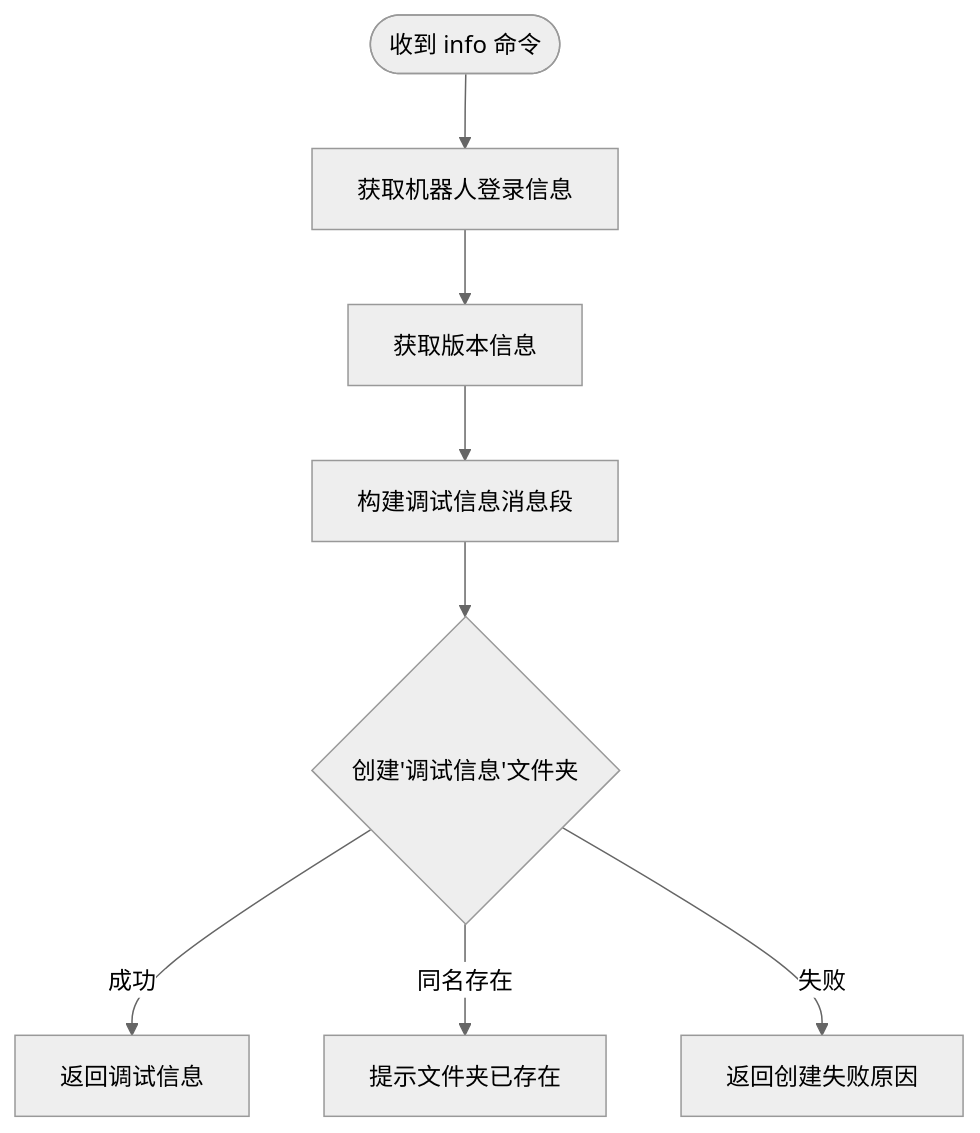
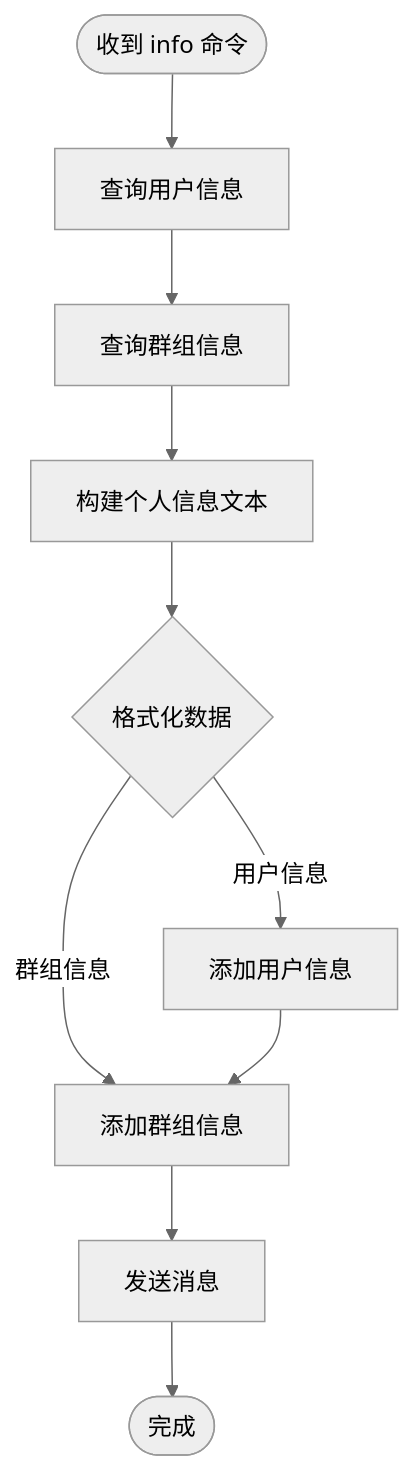
Before and after one commit to Wohaokunr/yawn_bot: the third of 6 diagrams in .qoder/repowiki/zh/content/核心功能模块/信息查询系统.md, drawn with Mermaid (neutral theme). The commit also changed other lines of this file and 13 other files, not shown here.

````diff
--- a/.qoder/repowiki/zh/content/核心功能模块/信息查询系统.md
+++ b/.qoder/repowiki/zh/content/核心功能模块/信息查询系统.md
@@ -126,10 +124,12 @@
 ```mermaid
 flowchart TD
-Start(["收到 info 命令"]) --> GetLogin["获取机器人登录信息"]
-GetLogin --> GetVersion["获取版本信息"]
-GetVersion --> BuildMsg["构建调试信息消息段"]
-BuildMsg --> CreateFolder{"创建'调试信息'文件夹"}
-CreateFolder --> |成功| FinishOK["返回调试信息"]
-CreateFolder --> |同名存在| FinishExist["提示文件夹已存在"]
-CreateFolder --> |失败| FinishErr["返回创建失败原因"]
+Start(["收到 info 命令"]) --> QueryUser["查询用户信息"]
+QueryUser --> QueryGroup["查询群组信息"]
+QueryGroup --> BuildMsg["构建个人信息文本"]
+BuildMsg --> FormatData{"格式化数据"}
+FormatData --> |用户信息| AddUserInfo["添加用户信息"]
+FormatData --> |群组信息| AddGroupInfo["添加群组信息"]
+AddUserInfo --> AddGroupInfo
+AddGroupInfo --> SendMsg["发送消息"]
+SendMsg --> Finish(["完成"])
 ```
````
